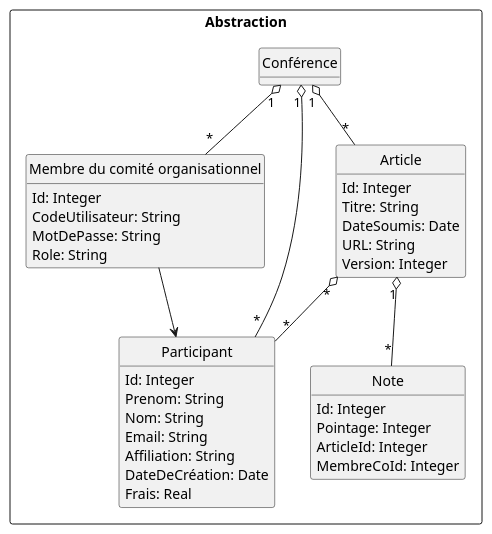
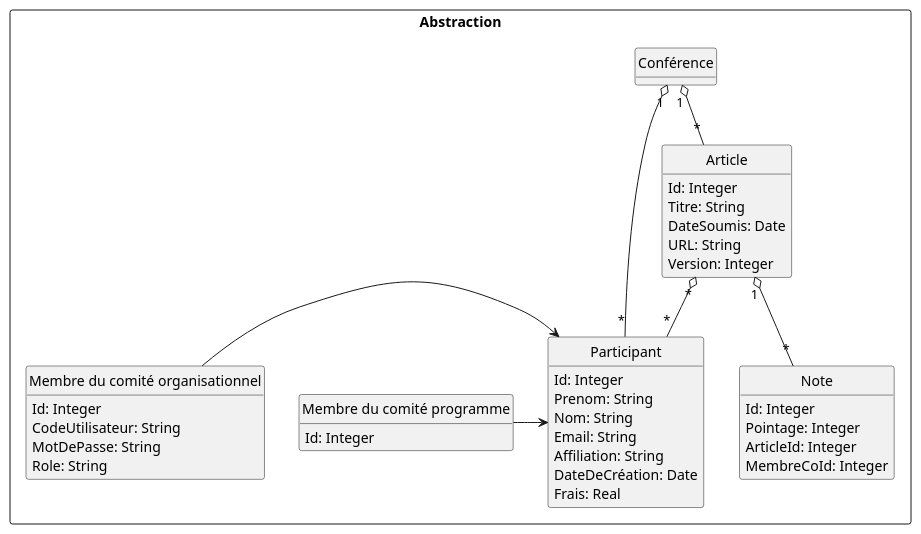
One commit to SimonDenomme/TP3-BD changed the second of 2 diagrams in TP3/UML_Diagram.md. Above: the diagram before and after it, drawn with PlantUML. The commit also changed 19 other files, not shown here.

````diff
--- a/TP3/UML_Diagram.md
+++ b/TP3/UML_Diagram.md
@@ -30,66 +30,56 @@
 ```plantuml
 hide circles
 hide methods
 
 rectangle "Abstraction" {
 	class "Participant" as p {
 		Id: Integer
 		Prenom: String
 		Nom: String
 		Email: String
 		Affiliation: String
 		DateDeCréation: Date
 		Frais: Real
-
-		InscrireParticipant()
-		InscrirePaiement()
 	}
 
-	class "Membre du comité organisationnel" as m {
+	class "Membre du comité organisationnel" as mco {
 		Id: Integer
 		CodeUtilisateur: String
 		MotDePasse: String
 		Role: String
+	}
 
-		InscrireMembresCO()
-		InscrireMembresCP()
-	}
-	
+	class "Membre du comité programme" as mcp {
+    	Id: Integer
+  	}
+
 	class "Conférence" as c {
-		ProduireProgramme()
 	}
 	
 	class "Article" as a {
 		Id: Integer
 		Titre: String
 		DateSoumis: Date
 		URL: String
 		Version: Integer
-
-		InscrireArticleSoumis()
-		AssignerArticles()
-		RapportArticleEnOrdreDeNote()
-		InscrireVersionRévisée()
 	}
 
 	class "Note" as n {
 		Id: Integer
 		Pointage: Integer
 		ArticleId: Integer
 		MembreCoId: Integer
-
-		EnregisterNotesEvaluation()
 	}
 
 
 	c "1" o-- "*" a
-	c "1" o-- "*" m
 	c "1" o-- "*" p
 
-	m -> p
+	mco -> p
+	mcp -> p
 
 	a "1" o-- "*" n
 	a "*" o-- "*" p
 }
 
 ```
````
